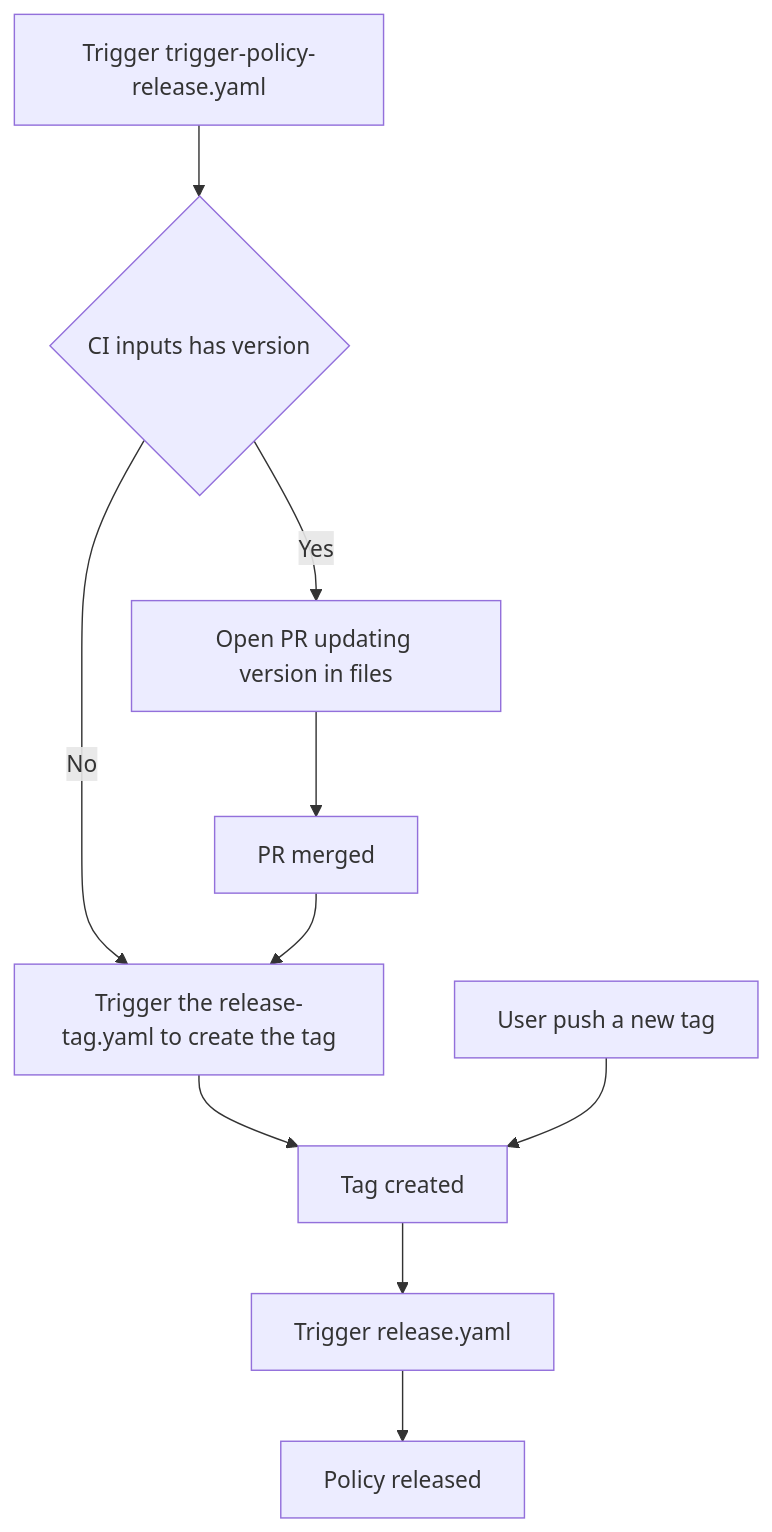
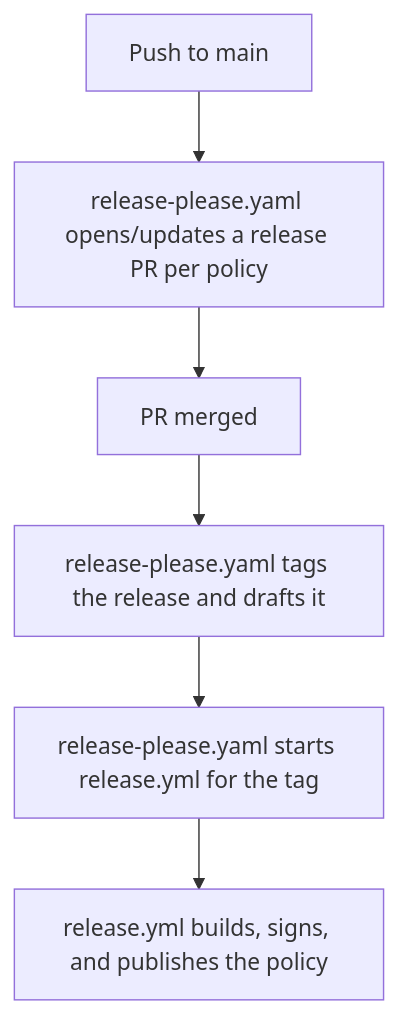
The diagram in CONTRIBUTING.md (jvanz/policies), drawn with Mermaid before and after one commit. The commit also changed other lines of this file, not shown here.

First line of the commit message:
docs: document the release-please release flow

````diff
--- a/CONTRIBUTING.md
+++ b/CONTRIBUTING.md
@@ -126,14 +159,9 @@
 ```mermaid
 flowchart TD
 
-A[Trigger trigger-policy-release.yaml ] --> B{CI inputs has version}
-
-B -->|Yes| C[Open PR updating version in files]
-B -->|No| D[Trigger the release-tag.yaml to create the tag]
-D --> E[Tag created]
-E --> F[Trigger release.yaml]
-C --> G[PR merged]
-G --> D
-F --> H[Policy released]
-I[User push a new tag] --> E
+A[Push to main] --> B[release-please.yaml opens/updates a release PR per policy]
+B --> C[PR merged]
+C --> D[release-please.yaml tags the release and drafts it]
+D --> E[release-please.yaml starts release.yml for the tag]
+E --> F[release.yml builds, signs, and publishes the policy]
 ```
````
